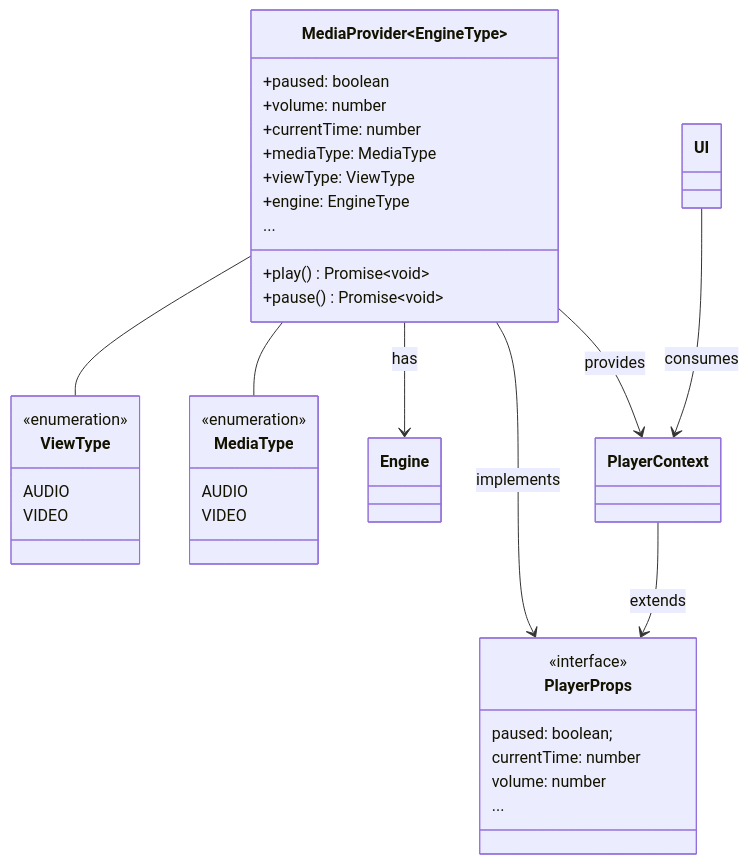
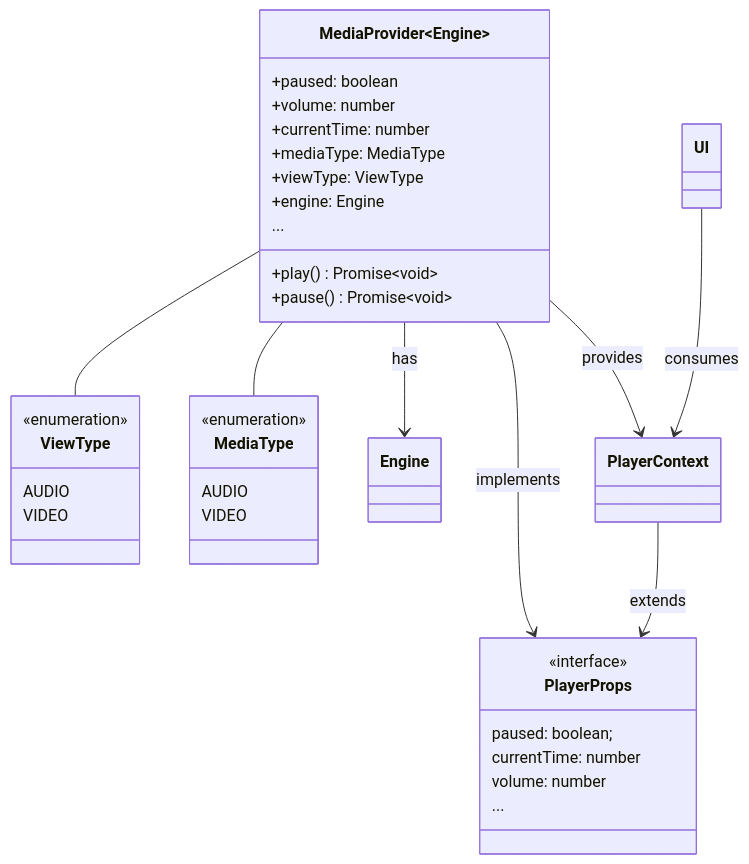
The diagram in docs/architecture/designs/provider.mmd (vidstack/player), drawn with Mermaid before and after one commit. The commit also changed 26 other files, not shown here.

```diff
--- a/docs/architecture/designs/provider.mmd
+++ b/docs/architecture/designs/provider.mmd
@@ -1,46 +1,46 @@
 classDiagram
 
-class MediaProvider~EngineType~ {
+class MediaProvider~Engine~ {
     +paused: boolean
     +volume: number
     +currentTime: number
     +mediaType: MediaType
     +viewType: ViewType
-    +engine: EngineType
+    +engine: Engine
     ...
-    +play() Promise~void~ 
-    +pause() Promise~void~ 
+    +play() Promise~void~
+    +pause() Promise~void~
 }
 
 MediaProvider -- ViewType
 MediaProvider -- MediaType
 MediaProvider --> Engine: has
 
 class PlayerContext
 MediaProvider--> PlayerContext: provides
 
 class PlayerProps {
     <<interface>>
     paused: boolean;
     currentTime: number
     volume: number
     ...
 }
 
 MediaProvider --> PlayerProps: implements
 PlayerContext --> PlayerProps: extends
 
 class MediaType {
     <<enumeration>>
     AUDIO
     VIDEO
 }
 
 class ViewType {
     <<enumeration>>
     AUDIO
     VIDEO
 }
 
 
 UI --> PlayerContext: consumes
```
